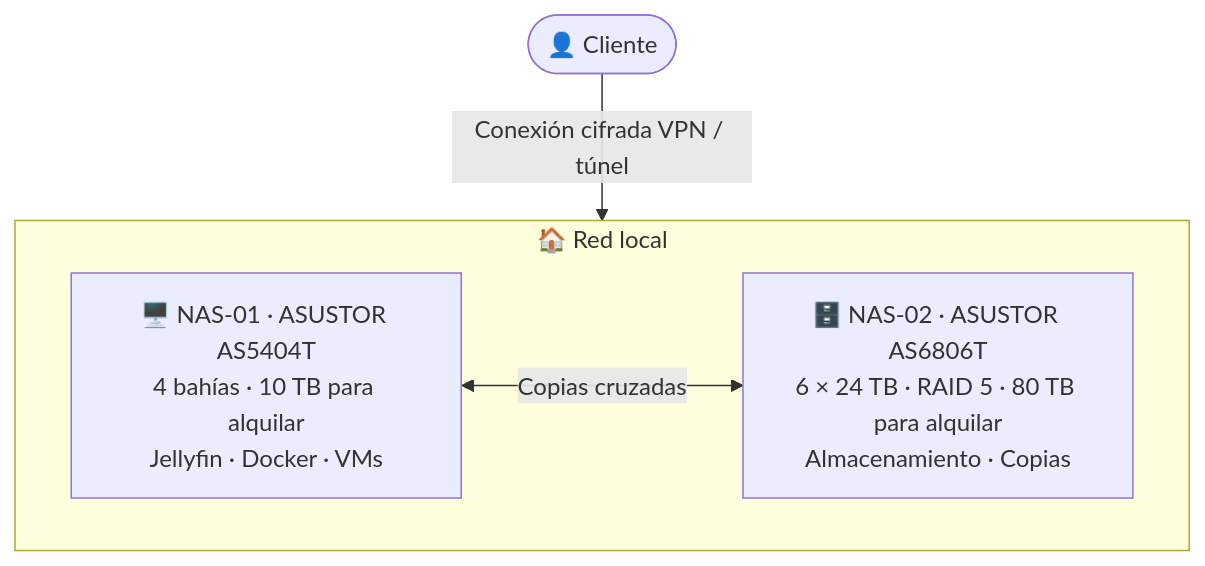
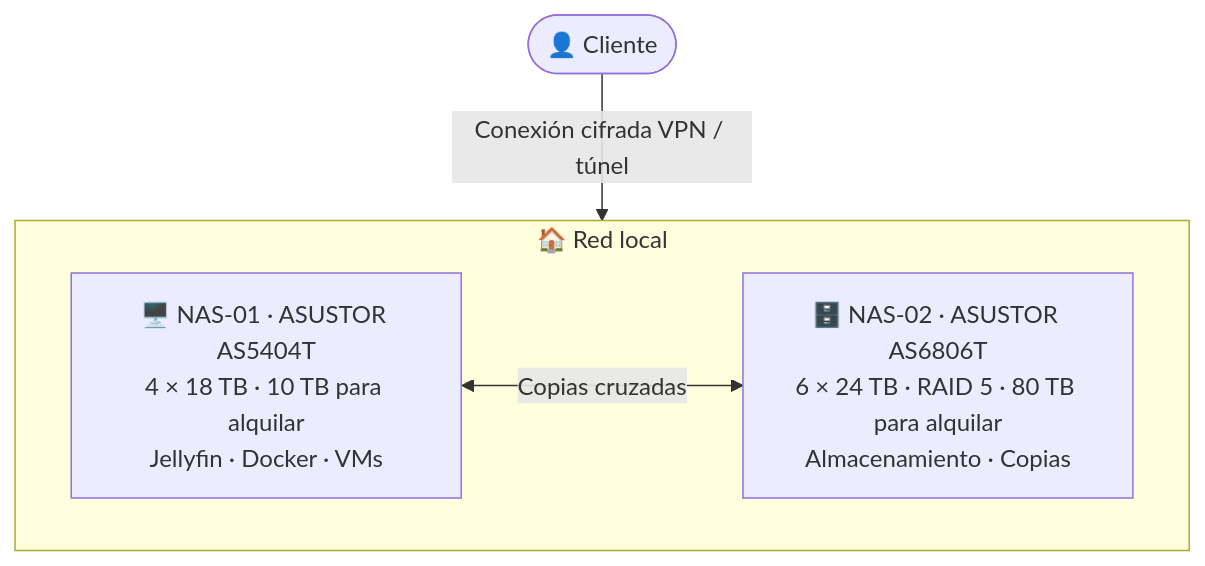
The second of 2 diagrams in README.md (Oskillar28/raco-hosting), drawn with Mermaid before and after one commit. The commit also changed other lines of this file and 3 other files, not shown here.

````diff
--- a/README.md
+++ b/README.md
@@ -107,9 +107,9 @@
 ```mermaid
 flowchart TB
     Cliente([👤 Cliente]) -->|Conexión cifrada VPN / túnel| Red
     subgraph Red[🏠 Red local]
-        NAS1[🖥️ NAS-01 · ASUSTOR AS5404T<br/>4 bahías · 10 TB para alquilar<br/>Jellyfin · Docker · VMs]
+        NAS1[🖥️ NAS-01 · ASUSTOR AS5404T<br/>4 × 18 TB · 10 TB para alquilar<br/>Jellyfin · Docker · VMs]
         NAS2[🗄️ NAS-02 · ASUSTOR AS6806T<br/>6 × 24 TB · RAID 5 · 80 TB para alquilar<br/>Almacenamiento · Copias]
         NAS1 <-->|Copias cruzadas| NAS2
     end
 ```
````
